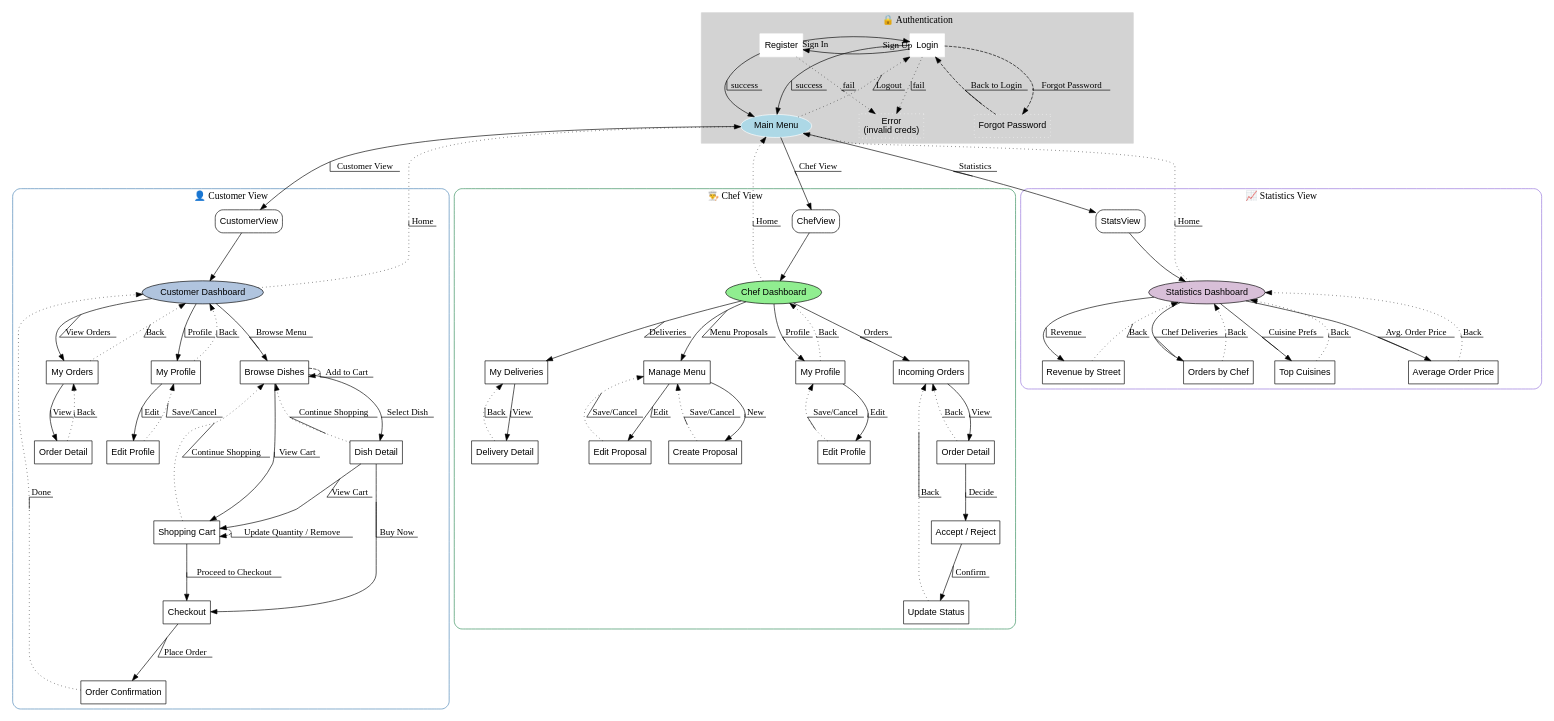
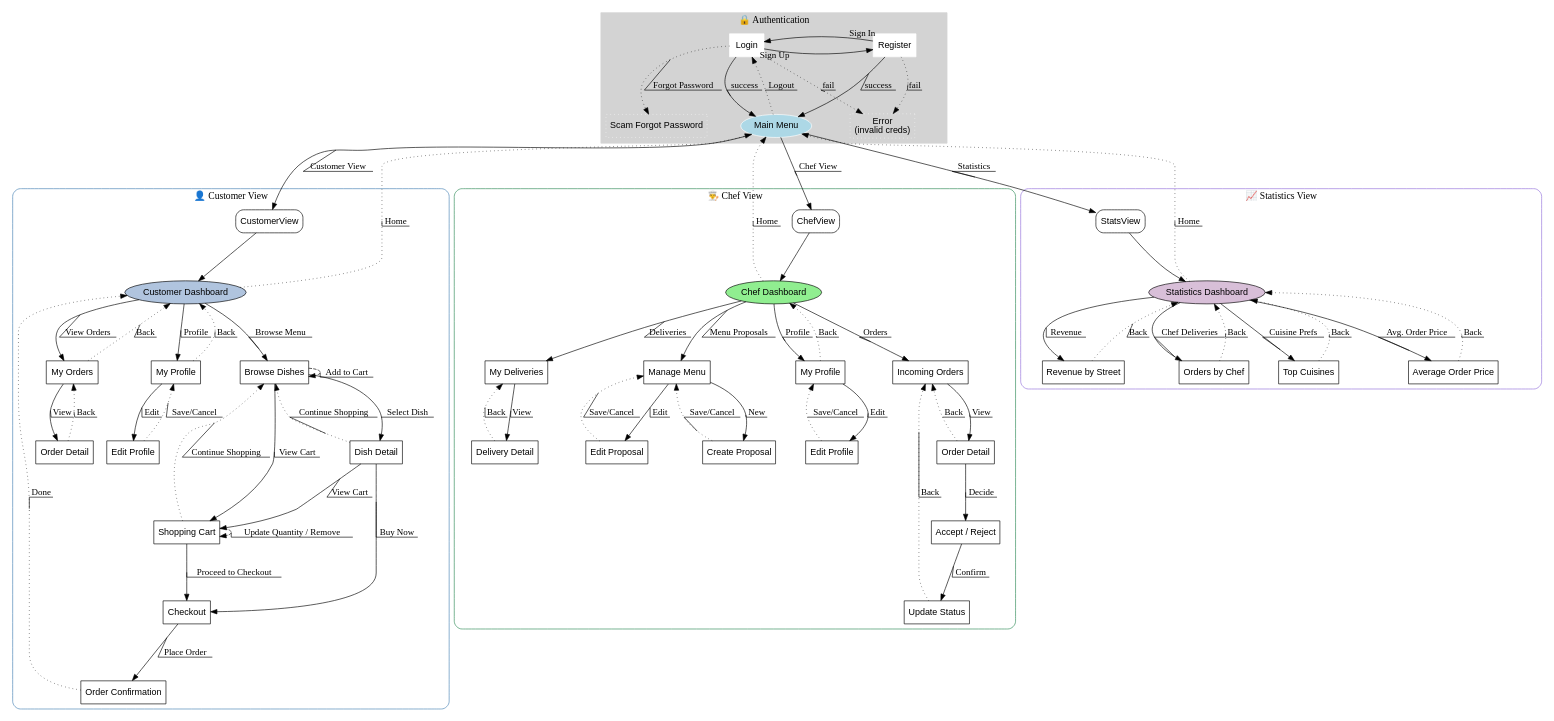
The diagram in docs/LivInParisFrontEndArchi.dot (aust-1/LivInParis), drawn with Graphviz before and after one commit. The commit also changed 18 other files, not shown here.

```diff
--- a/docs/LivInParisFrontEndArchi.dot
+++ b/docs/LivInParisFrontEndArchi.dot
@@ -1,152 +1,151 @@
 digraph LivInParisFrontend {
     graph [fontsize=15];
     node [shape=box, style=rounded, fontname="Arial"];
     edge [minlen=2, decorate=true];
 
     /* --- AUTHENTICATION CLUSTER --- */
     subgraph cluster_auth {
         label="🔒 Authentication";
         style=filled;color=lightgrey;node [style=filled,color=white];
         Login           [label="Login"];
         Register        [label="Register"];
         MainMenu        [shape=ellipse, style=filled, fillcolor=lightblue, label="Main Menu"];
         ErrorPage       [label="Error\n(invalid creds)", style="dotted"];
-        ForgotPassword  [label="Forgot Password", style=dotted];
+        LetMeGooglePwd  [label="Scam Forgot Password", style="dotted"];
 
         Login -> MainMenu       [label="success"];
         Login -> ErrorPage      [label="fail", style=dotted];
         Login -> Register       [taillabel="Sign Up", constraint=false, labeldistance=2];
-        Login -> ForgotPassword [label="Forgot Password", style=dashed];
-        ForgotPassword -> Login [label="Back to Login", style=dashed];
+        Login -> LetMeGooglePwd [label="Forgot Password", style=dotted];
         Register -> MainMenu    [label="success"];
         Register -> ErrorPage   [label="fail", style=dotted];
         Register -> Login       [taillabel="Sign In", constraint=false, labeldistance=2];
     }
 
     /* --- MAIN MENU --- */
     MainMenu -> CustomerView    [label="Customer View"];
     MainMenu -> ChefView        [label="Chef View"];
     MainMenu -> StatsView       [label="Statistics"];
     MainMenu -> Login           [label="Logout", style="dotted"];
 
     /* --- CUSTOMER VIEW CLUSTER --- */
     subgraph cluster_customer {
         label="👤 Customer View";
         style=rounded;color=steelblue;node [style=filled,fillcolor=white];
 
         CustomerDashboard    [shape=ellipse, style=filled, fillcolor=lightsteelblue, label="Customer Dashboard"];
         BrowseDishes         [label="Browse Dishes"];
         DishDetail           [label="Dish Detail"];
         Cart                 [label="Shopping Cart"];
         Checkout             [label="Checkout"];
         OrderConfirmation    [label="Order Confirmation"];
         MyOrders             [label="My Orders"];
         OrderDetail_C        [label="Order Detail"];
         Profile_C            [label="My Profile"];
         EditProfile_C        [label="Edit Profile"];
 
         /* navigation */
         CustomerView -> CustomerDashboard;
         CustomerDashboard -> BrowseDishes    [label="Browse Menu"];
         CustomerDashboard -> MyOrders        [label="View Orders"];
         CustomerDashboard -> Profile_C       [label="Profile"];
         DishDetail -> BrowseDishes          [label="Continue Shopping", style=dotted];
         MyOrders -> CustomerDashboard       [label="Back", style=dotted];
         Profile_C -> CustomerDashboard      [label="Back", style=dotted];
 
         // Direct add to cart and checkout from the list
         BrowseDishes -> BrowseDishes [label="Add to Cart", style=dashed];
         BrowseDishes -> Cart [label="View Cart"];
         Cart -> BrowseDishes                [label="Continue Shopping", style=dotted];
 
         // Detail view: can pay or go back to list
         DishDetail -> Checkout [label="Buy Now"];
         BrowseDishes -> DishDetail          [label="Select Dish"];
         DishDetail -> Cart          [label="View Cart"];
 
         // Cart navigation
         Cart -> Checkout                    [label="Proceed to Checkout"];
         Cart -> Cart [label="Update Quantity / Remove", style=dashed];
 
         MyOrders -> OrderDetail_C           [label="View"];
         OrderDetail_C -> MyOrders           [label="Back", style=dotted];
 
         Profile_C -> EditProfile_C          [label="Edit"];
         EditProfile_C -> Profile_C          [label="Save/Cancel", style=dotted];
 
         Checkout -> OrderConfirmation           [label="Place Order"];
         OrderConfirmation -> CustomerDashboard  [label="Done", style=dotted];
 
         CustomerDashboard -> MainMenu       [label="Home", style=dotted];
     }
 
     /* --- CHEF VIEW CLUSTER --- */
     subgraph cluster_chef {
         label="👨‍🍳 Chef View";
         style=rounded;color=seagreen;node [style=filled,fillcolor=white];
 
         ChefDashboard       [shape=ellipse, style=filled, fillcolor=lightgreen, label="Chef Dashboard"];
         ManageMenu          [label="Manage Menu"];
         CreateProposal      [label="Create Proposal"];
         EditProposal        [label="Edit Proposal"];
         IncomingOrders      [label="Incoming Orders"];
         OrderDetail_H       [label="Order Detail"];
         AcceptRejectOrder   [label="Accept / Reject"];
         UpdateStatus        [label="Update Status"];
         MyDeliveries        [label="My Deliveries"];
         DeliveryDetail      [label="Delivery Detail"];
         Profile_H           [label="My Profile"];
         EditProfile_H       [label="Edit Profile"];
 
         /* navigation */
         ChefView -> ChefDashboard;
         ChefDashboard -> ManageMenu        [label="Menu Proposals"];
         ManageMenu -> CreateProposal       [label="New"];
         ManageMenu -> EditProposal         [label="Edit"];
         CreateProposal -> ManageMenu       [label="Save/Cancel", style=dotted];
         EditProposal -> ManageMenu         [label="Save/Cancel", style=dotted];
 
         ChefDashboard -> IncomingOrders    [label="Orders"];
         IncomingOrders -> OrderDetail_H    [label="View"];
         OrderDetail_H -> AcceptRejectOrder [label="Decide"];
         AcceptRejectOrder -> UpdateStatus  [label="Confirm"];
         UpdateStatus -> IncomingOrders     [label="Back", style=dotted];
         OrderDetail_H -> IncomingOrders    [label="Back", style=dotted];
 
         ChefDashboard -> MyDeliveries      [label="Deliveries"];
         MyDeliveries -> DeliveryDetail     [label="View"];
         DeliveryDetail -> MyDeliveries     [label="Back", style=dotted];
 
         ChefDashboard -> Profile_H         [label="Profile"];
         Profile_H -> EditProfile_H         [label="Edit"];
         EditProfile_H -> Profile_H         [label="Save/Cancel", style=dotted];
         Profile_H -> ChefDashboard         [label="Back", style=dotted];
 
         ChefDashboard -> MainMenu          [label="Home", style=dotted];
     }
 
     /* --- STATISTICS VIEW CLUSTER --- */
     subgraph cluster_stats {
         label="📈 Statistics View";
         style=rounded;color=mediumpurple;node [style=filled,fillcolor=white];
 
         StatsDashboard     [shape=ellipse, style=filled, fillcolor=thistle, label="Statistics Dashboard"];
         StatsOrdersByChef  [label="Orders by Chef"];
         StatsRevenue       [label="Revenue by Street"];
         StatsAverages      [label="Average Order Price"];
         StatsCuisine       [label="Top Cuisines"];
 
         StatsView -> StatsDashboard;
         StatsDashboard -> StatsOrdersByChef  [label="Chef Deliveries"];
         StatsDashboard -> StatsRevenue       [label="Revenue"];
         StatsDashboard -> StatsAverages      [label="Avg. Order Price"];
         StatsDashboard -> StatsCuisine       [label="Cuisine Prefs"];
 
         StatsOrdersByChef -> StatsDashboard  [label="Back", style=dotted];
         StatsRevenue      -> StatsDashboard  [label="Back", style=dotted];
         StatsAverages     -> StatsDashboard  [label="Back", style=dotted];
         StatsCuisine      -> StatsDashboard  [label="Back", style=dotted];
 
         StatsDashboard -> MainMenu           [label="Home", style=dotted];
     }
 }
```
